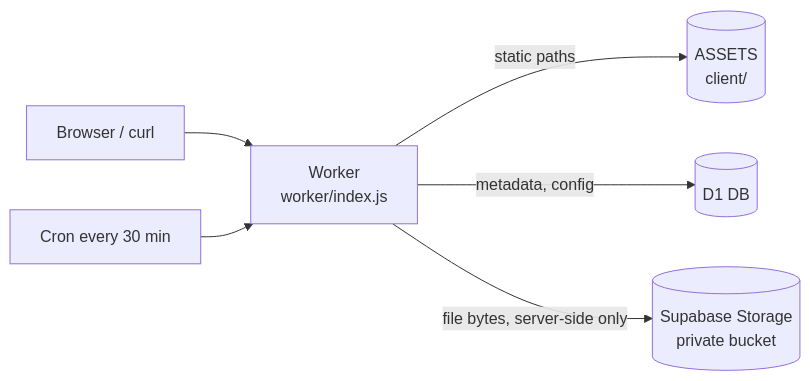
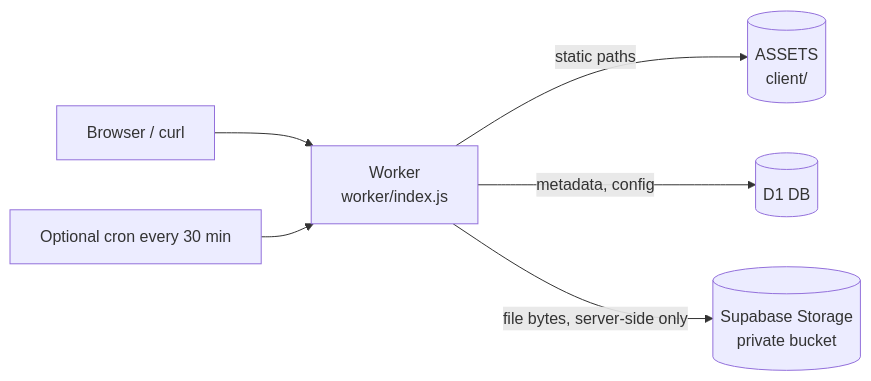
The first of 2 diagrams in docs/05_ARCHITECTURE.md (Cloud-Dark/tete), drawn with Mermaid before and after one commit. The commit also changed other lines of this file and 12 other files, not shown here.

````diff
--- a/docs/05_ARCHITECTURE.md
+++ b/docs/05_ARCHITECTURE.md
@@ -9,8 +9,8 @@
 ```mermaid
 flowchart LR
     U[Browser / curl] --> W[Worker<br/>worker/index.js]
     W -->|static paths| A[(ASSETS<br/>client/)]
     W -->|metadata, config| D[(D1 DB)]
     W -->|file bytes, server-side only| S[(Supabase Storage<br/>private bucket)]
-    C[Cron every 30 min] --> W
+    C[Optional cron every 30 min] --> W
 ```
````
